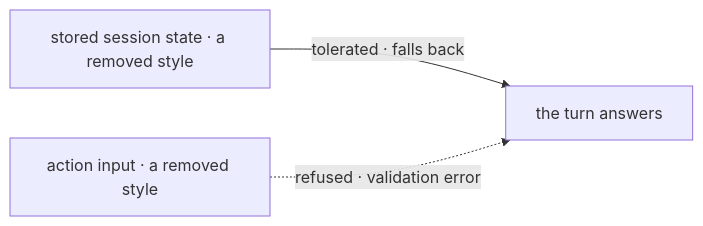
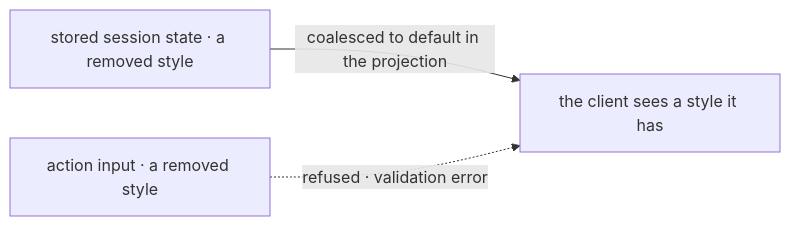
Before and after one commit to fixpoint-labs/flow-state-dev: the diagram in specs/issues/FIX-1478/BUSINESS-RULES.md, drawn with Mermaid. The commit also changed other lines of this file and 7 other files, not shown here.

````diff
--- a/specs/issues/FIX-1478/BUSINESS-RULES.md
+++ b/specs/issues/FIX-1478/BUSINESS-RULES.md
@@ -30,5 +51,5 @@
 ```mermaid
 flowchart LR
-  A["stored session state · a removed style"] -->|"tolerated · falls back"| R["the turn answers"]
+  A["stored session state · a removed style"] -->|"coalesced to default in the projection"| R["the client sees a style it has"]
   B["action input · a removed style"] -.->|"refused · validation error"| R
 ```
````
